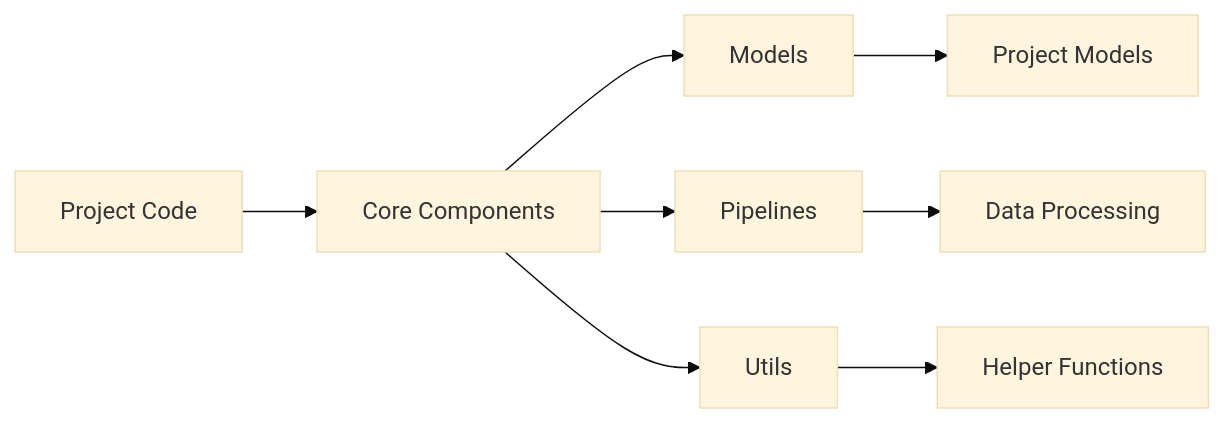
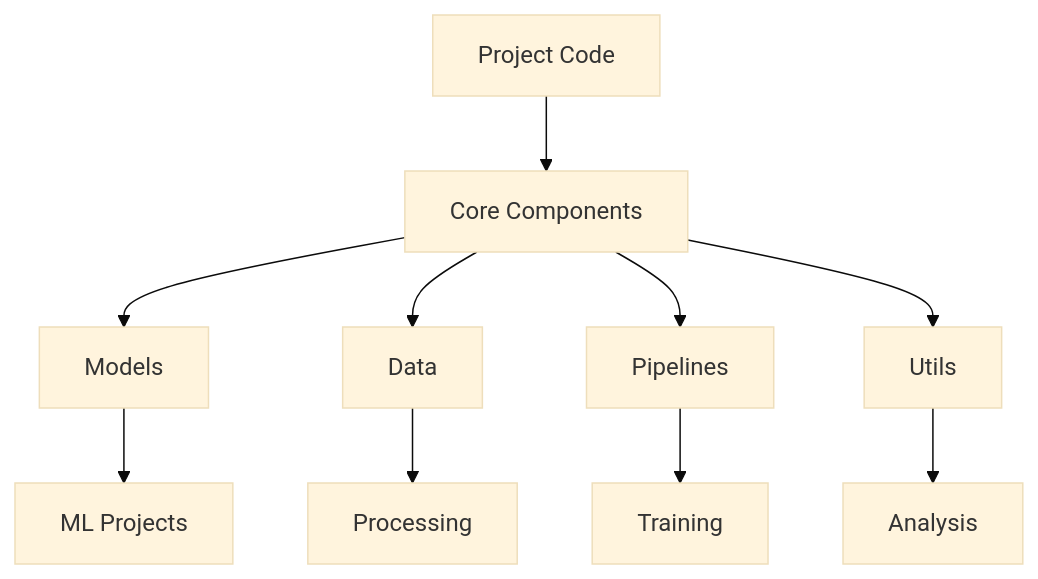
One commit to BjornMelin/ml-vision-lab changed the first of 2 diagrams in core/README.md. Above: the diagram before and after it, drawn with Mermaid (base theme). The commit also changed other lines of this file and 3 other files, not shown here.

Commit message:
docs(project): Add README template for ML/CV projects with structure and usage guidelines

````diff
--- a/core/README.md
+++ b/core/README.md
@@ -92,10 +183,12 @@
 ```mermaid
-flowchart LR
+graph TD
     A[Project Code] --> B[Core Components]
     B --> C[Models]
-    B --> D[Pipelines]
-    B --> E[Utils]
-    C --> F[Project Models]
-    D --> G[Data Processing]
-    E --> H[Helper Functions]
+    B --> D[Data]
+    B --> E[Pipelines]
+    B --> F[Utils]
+    C --> G[ML Projects]
+    D --> H[Processing]
+    E --> I[Training]
+    F --> J[Analysis]
 ```
````
